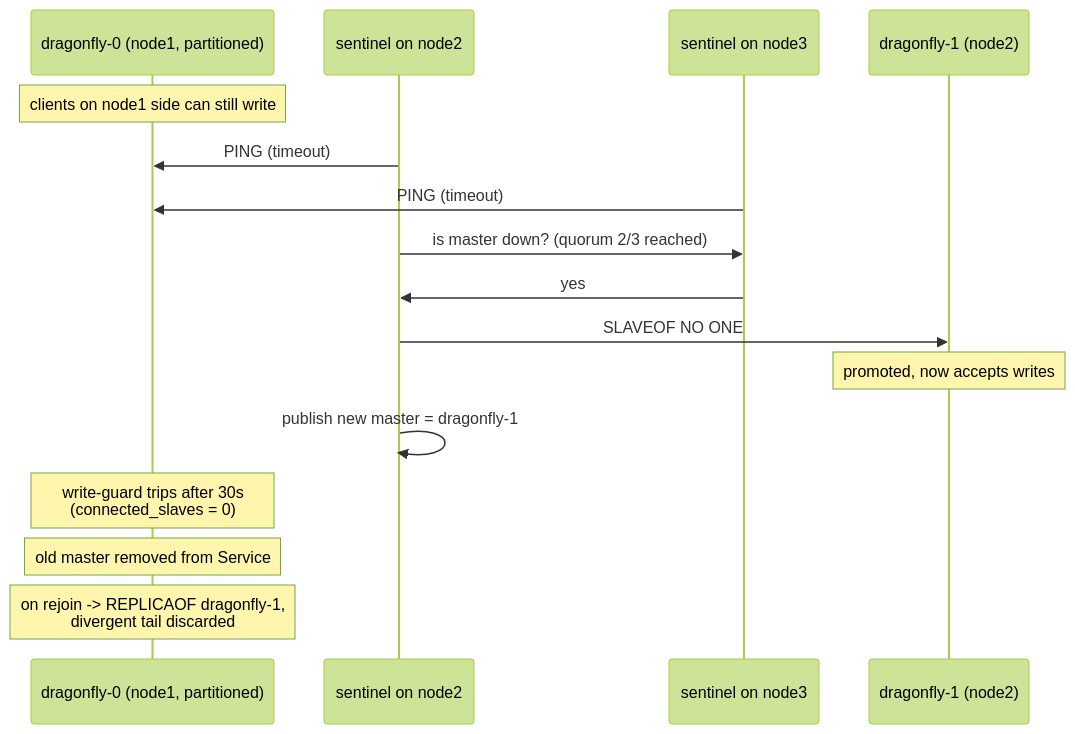
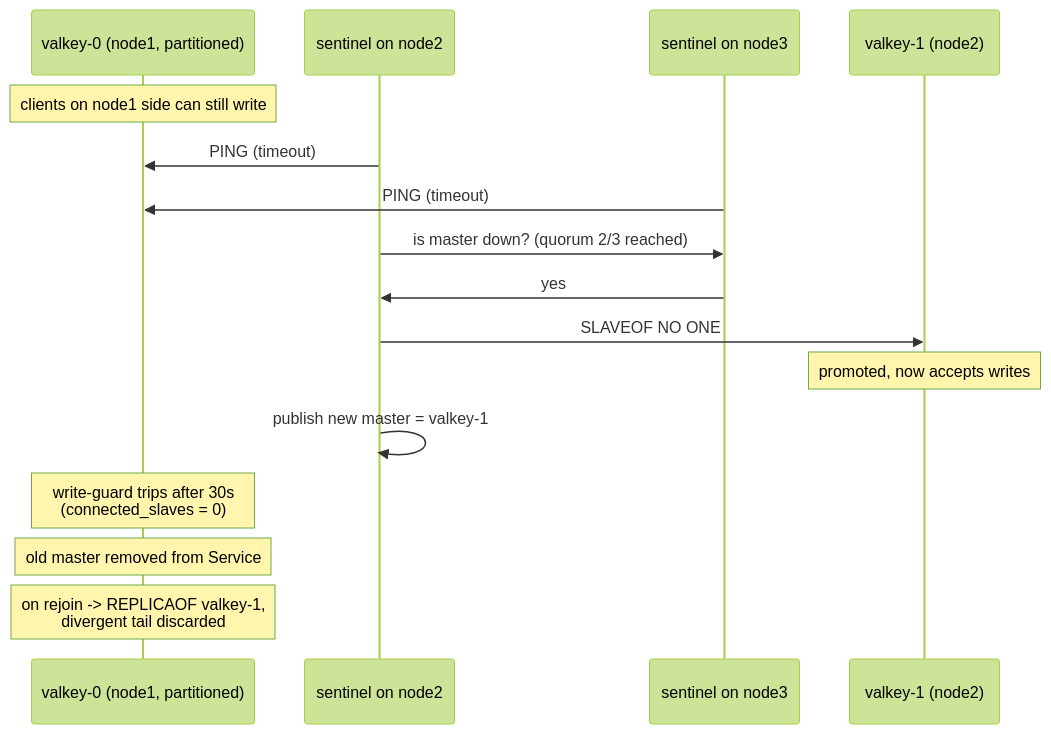
One commit to cucumberone/fire-watch changed the diagram in docs/redis-sentinel.md. Above: the diagram before and after it, drawn with Mermaid (forest theme). The commit also changed other lines of this file and 92 other files, not shown here.

````diff
--- a/docs/redis-sentinel.md
+++ b/docs/redis-sentinel.md
@@ -178,19 +178,19 @@
 ```mermaid
 sequenceDiagram
-  participant Old as dragonfly-0 (node1, partitioned)
+  participant Old as valkey-0 (node1, partitioned)
   participant S2 as sentinel on node2
   participant S3 as sentinel on node3
-  participant New as dragonfly-1 (node2)
+  participant New as valkey-1 (node2)
 
   Note over Old: clients on node1 side can still write
   S2->>Old: PING (timeout)
   S3->>Old: PING (timeout)
   S2->>S3: is master down? (quorum 2/3 reached)
   S3->>S2: yes
   S2->>New: SLAVEOF NO ONE
   Note over New: promoted, now accepts writes
-  S2->>S2: publish new master = dragonfly-1
+  S2->>S2: publish new master = valkey-1
   Note over Old: write-guard trips after 30s<br/>(connected_slaves = 0)
   Note over Old: old master removed from Service
-  Note over Old: on rejoin -> REPLICAOF dragonfly-1,<br/>divergent tail discarded
+  Note over Old: on rejoin -> REPLICAOF valkey-1,<br/>divergent tail discarded
 ```
````
